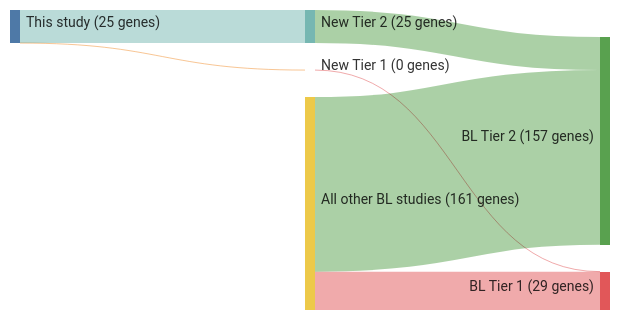
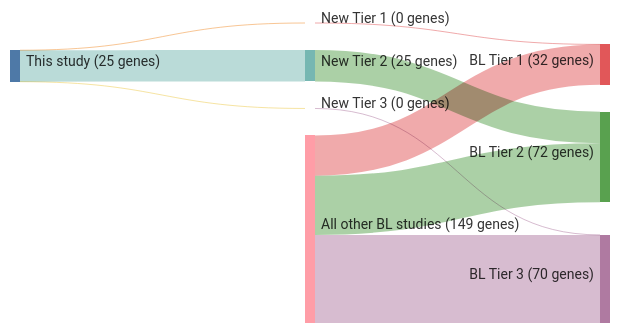
Before and after one commit to morinlab/lymphopedia: the diagram in papers/burkhardtClinicalRelevanceMolecular2022.md, drawn with Mermaid. The commit also changed other lines of this file and 81 other files, not shown here.

````diff
--- a/papers/burkhardtClinicalRelevanceMolecular2022.md
+++ b/papers/burkhardtClinicalRelevanceMolecular2022.md
@@ -12,20 +12,23 @@
 ```mermaid
 ---
 config:
     sankey:
         showValues: true
         linkColor: target
         width: 600
         height: 300
         nodeAlignment: right
         prefix: '('
         suffix: ' genes)'
 ---
 sankey-beta
 This study, New Tier 1, 0
 New Tier 1, BL Tier 1, 0
 This study, New Tier 2, 25
 New Tier 2, BL Tier 2, 25
-All other BL studies, BL Tier 1, 29
-All other BL studies, BL Tier 2, 132
+This study, New Tier 3, 0
+New Tier 3, BL Tier 3, 0
+All other BL studies, BL Tier 1, 32
+All other BL studies, BL Tier 2, 47
+All other BL studies, BL Tier 3, 70
 ```
````
